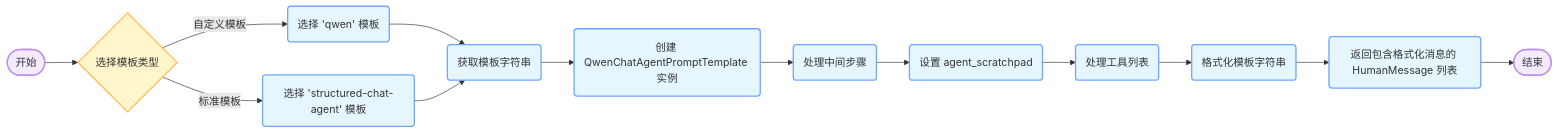
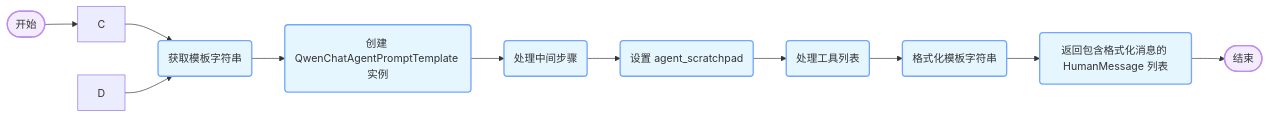
One commit to sdgixfg/iodraw-files changed the diagram in all/未命名-2.md. Above: the diagram before and after it, drawn with Mermaid.

Commit message:
2025-05-24 14:38:30 update

````diff
--- a/all/未命名-2.md
+++ b/all/未命名-2.md
@@ -1,20 +1,18 @@
 ```mermaid
 graph LR
     classDef startend fill:#F5EBFF,stroke:#BE8FED,stroke-width:2px
     classDef process fill:#E5F6FF,stroke:#73A6FF,stroke-width:2px
     classDef decision fill:#FFF6CC,stroke:#FFBC52,stroke-width:2px
     
-    A([开始]):::startend --> B{选择模板类型}:::decision
-    B -->|自定义模板| C(选择 'qwen' 模板):::process
-    B -->|标准模板| D(选择 'structured-chat-agent' 模板):::process
+    A([开始]):::startend --> 
     C --> E(获取模板字符串):::process
     D --> E
     E --> F(创建 QwenChatAgentPromptTemplate 实例):::process
     F --> G(处理中间步骤):::process
     G --> H(设置 agent_scratchpad):::process
     H --> J(处理工具列表):::process
     %% I --> J(创建工具名称列表):::process
     J --> K(格式化模板字符串):::process
     K --> L(返回包含格式化消息的 HumanMessage 列表):::process
     L --> M([结束]):::startend
 ```
````
